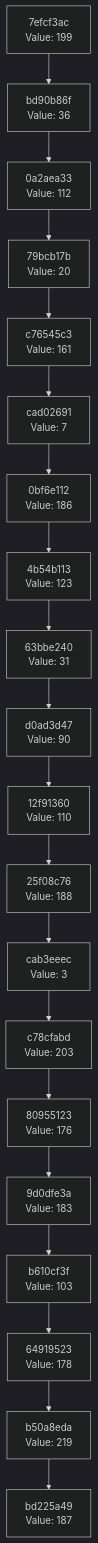
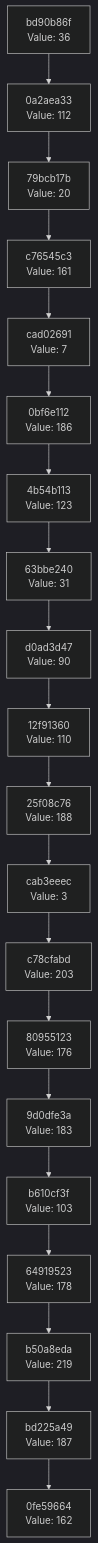
One commit to Abhisheksinha1506/hash-chain-evolver changed the diagram in docs/CHAIN_VISUALIZATION.md. Above: the diagram before and after it, drawn with Mermaid (dark theme). The commit also changed 3 other files, not shown here.

````diff
--- a/docs/CHAIN_VISUALIZATION.md
+++ b/docs/CHAIN_VISUALIZATION.md
@@ -3,42 +3,42 @@
 ```mermaid
 graph TD
-    C0["bd225a49<br/>Value: 187"]
-    C1["b50a8eda<br/>Value: 219"]
+    C0["0fe59664<br/>Value: 162"]
+    C1["bd225a49<br/>Value: 187"]
     C1 --> C0
-    C2["64919523<br/>Value: 178"]
+    C2["b50a8eda<br/>Value: 219"]
     C2 --> C1
-    C3["b610cf3f<br/>Value: 103"]
+    C3["64919523<br/>Value: 178"]
     C3 --> C2
-    C4["9d0dfe3a<br/>Value: 183"]
+    C4["b610cf3f<br/>Value: 103"]
     C4 --> C3
-    C5["80955123<br/>Value: 176"]
+    C5["9d0dfe3a<br/>Value: 183"]
     C5 --> C4
-    C6["c78cfabd<br/>Value: 203"]
+    C6["80955123<br/>Value: 176"]
     C6 --> C5
-    C7["cab3eeec<br/>Value: 3"]
+    C7["c78cfabd<br/>Value: 203"]
     C7 --> C6
-    C8["25f08c76<br/>Value: 188"]
+    C8["cab3eeec<br/>Value: 3"]
     C8 --> C7
-    C9["12f91360<br/>Value: 110"]
+    C9["25f08c76<br/>Value: 188"]
     C9 --> C8
-    C10["d0ad3d47<br/>Value: 90"]
+    C10["12f91360<br/>Value: 110"]
     C10 --> C9
-    C11["63bbe240<br/>Value: 31"]
+    C11["d0ad3d47<br/>Value: 90"]
     C11 --> C10
-    C12["4b54b113<br/>Value: 123"]
+    C12["63bbe240<br/>Value: 31"]
     C12 --> C11
-    C13["0bf6e112<br/>Value: 186"]
+    C13["4b54b113<br/>Value: 123"]
     C13 --> C12
-    C14["cad02691<br/>Value: 7"]
+    C14["0bf6e112<br/>Value: 186"]
     C14 --> C13
-    C15["c76545c3<br/>Value: 161"]
+    C15["cad02691<br/>Value: 7"]
     C15 --> C14
-    C16["79bcb17b<br/>Value: 20"]
+    C16["c76545c3<br/>Value: 161"]
     C16 --> C15
-    C17["0a2aea33<br/>Value: 112"]
+    C17["79bcb17b<br/>Value: 20"]
     C17 --> C16
-    C18["bd90b86f<br/>Value: 36"]
+    C18["0a2aea33<br/>Value: 112"]
     C18 --> C17
-    C19["7efcf3ac<br/>Value: 199"]
+    C19["bd90b86f<br/>Value: 36"]
     C19 --> C18
 ```
````
